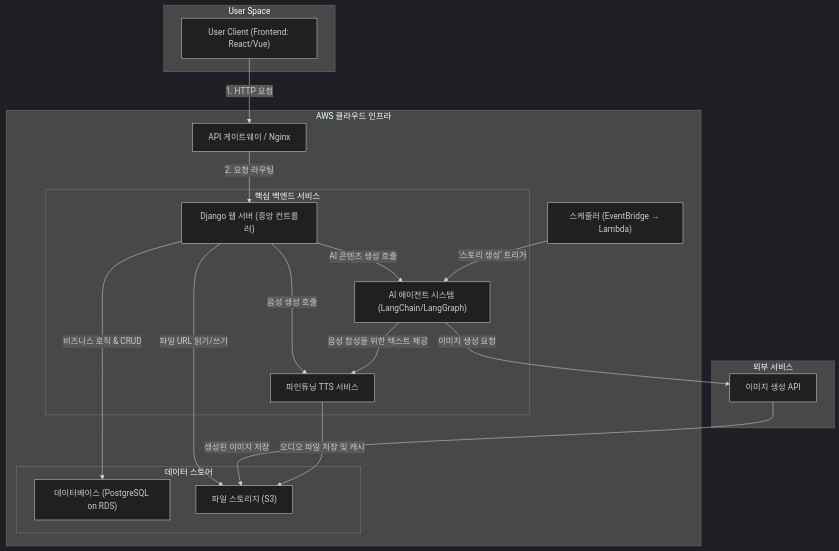
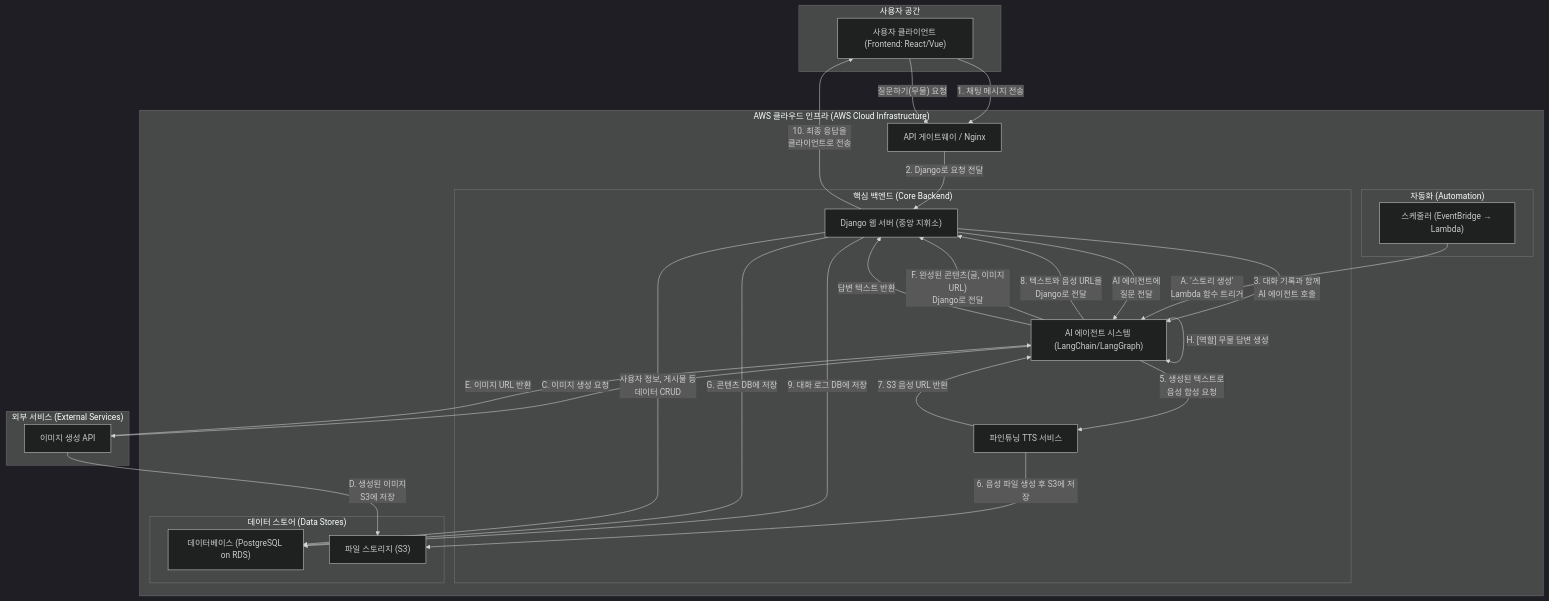
The diagram in final/system.md (o2mandoo/SKN_CAMP), drawn with Mermaid (dark theme) before and after one commit.

````diff
--- a/final/system.md
+++ b/final/system.md
@@ -1,40 +1,62 @@
 ```mermaid
 graph TD
-    subgraph "User Space"
-        UserClient["User Client (Frontend: React/Vue)"]
+    subgraph "사용자 공간"
+        UserClient["사용자 클라이언트 (Frontend: React/Vue)"]
     end
 
-    subgraph "외부 서비스"
+subgraph "외부 서비스 (External Services)"
     ImageGenAPI["이미지 생성 API"]
 end
 
-subgraph "AWS 클라우드 인프라"
+subgraph "AWS 클라우드 인프라 (AWS Cloud Infrastructure)"
     APIGateway["API 게이트웨이 / Nginx"]
-    Scheduler["스케줄러 (EventBridge → Lambda)"]
-
-    subgraph "핵심 백엔드 서비스"
-        Django["Django 웹 서버 (중앙 컨트롤러)"]
+    
+    subgraph "핵심 백엔드 (Core Backend)"
+        Django["Django 웹 서버 (중앙 지휘소)"]
         AIAgent["AI 에이전트 시스템 (LangChain/LangGraph)"]
         TTSService["파인튜닝 TTS 서비스"]
     end
 
-    subgraph "데이터 스토어"
+    subgraph "자동화 (Automation)"
+        Scheduler["스케줄러 (EventBridge → Lambda)"]
+    end
+
+    subgraph "데이터 스토어 (Data Stores)"
         RDS["데이터베이스 (PostgreSQL on RDS)"]
         S3["파일 스토리지 (S3)"]
     end
 end
 
-%% --- 데이터 흐름 ---
-UserClient -- "1. HTTP 요청" --> APIGateway
-APIGateway -- "2. 요청 라우팅" --> Django
-Django -- "비즈니스 로직 & CRUD" --> RDS
-Django -- "AI 콘텐츠 생성 호출" --> AIAgent
-Django -- "음성 생성 호출" --> TTSService
-Django -- "파일 URL 읽기/쓰기" --> S3
-Scheduler -- "'스토리 생성' 트리거" --> AIAgent
-AIAgent -- "이미지 생성 요청" --> ImageGenAPI
-AIAgent -- "음성 합성을 위한 텍스트 제공" --> TTSService
-ImageGenAPI -- "생성된 이미지 저장" --> S3
-TTSService -- "오디오 파일 저장 및 캐시" --> S3
+%% --- 1. 그룹 DM (실시간 대화) 흐름 ---
+UserClient -- "1. 채팅 메시지 전송" --> APIGateway
+APIGateway -- "2. Django로 요청 전달" --> Django
+Django -- "3. 대화 기록과 함께<br/>AI 에이전트 호출" --> AIAgent
+AIAgent -- "4. [역할] DM 대화 생성<br/>(오케스트레이터, 페르소나)" --> AIAgent
+AIAgent -- "5. 생성된 텍스트로<br/>음성 합성 요청" --> TTSService
+TTSService -- "6. 음성 파일 생성 후 S3에 저장" --> S3
+TTSService -- "7. S3 음성 URL 반환" --> AIAgent
+AIAgent -- "8. 텍스트와 음성 URL을<br/>Django로 전달" --> Django
+Django -- "9. 대화 로그 DB에 저장" --> RDS
+Django -- "10. 최종 응답을<br/>클라이언트로 전송" --> UserClient
+
+
+%% --- 2. 콘텐츠 자동 생성 (스토리/피드) 흐름 ---
+Scheduler -- "A. '스토리 생성'<br/>Lambda 함수 트리거" --> AIAgent
+AIAgent -- "B. [역할] 피드/스토리<br/>콘텐츠 생성" --> AIAgent
+AIAgent -- "C. 이미지 생성 요청" --> ImageGenAPI
+ImageGenAPI -- "D. 생성된 이미지<br/>S3에 저장" --> S3
+ImageGenAPI -- "E. 이미지 URL 반환" --> AIAgent
+AIAgent -- "F. 완성된 콘텐츠(글, 이미지URL)<br/>Django로 전달" --> Django
+Django -- "G. 콘텐츠 DB에 저장" --> RDS
+
+%% --- 3. 무물 답변 생성 흐름 ---
+UserClient -- "질문하기(무물) 요청" --> APIGateway
+Django -- "AI 에이전트에<br/>질문 전달" --> AIAgent
+AIAgent -- "H. [역할] 무물 답변 생성" --> AIAgent
+AIAgent -- "답변 텍스트 반환" --> Django
+
+%% --- 기타 상호작용 ---
+Django -- "사용자 정보, 게시물 등<br/>데이터 CRUD" --> RDS
+
   
 ```
````
